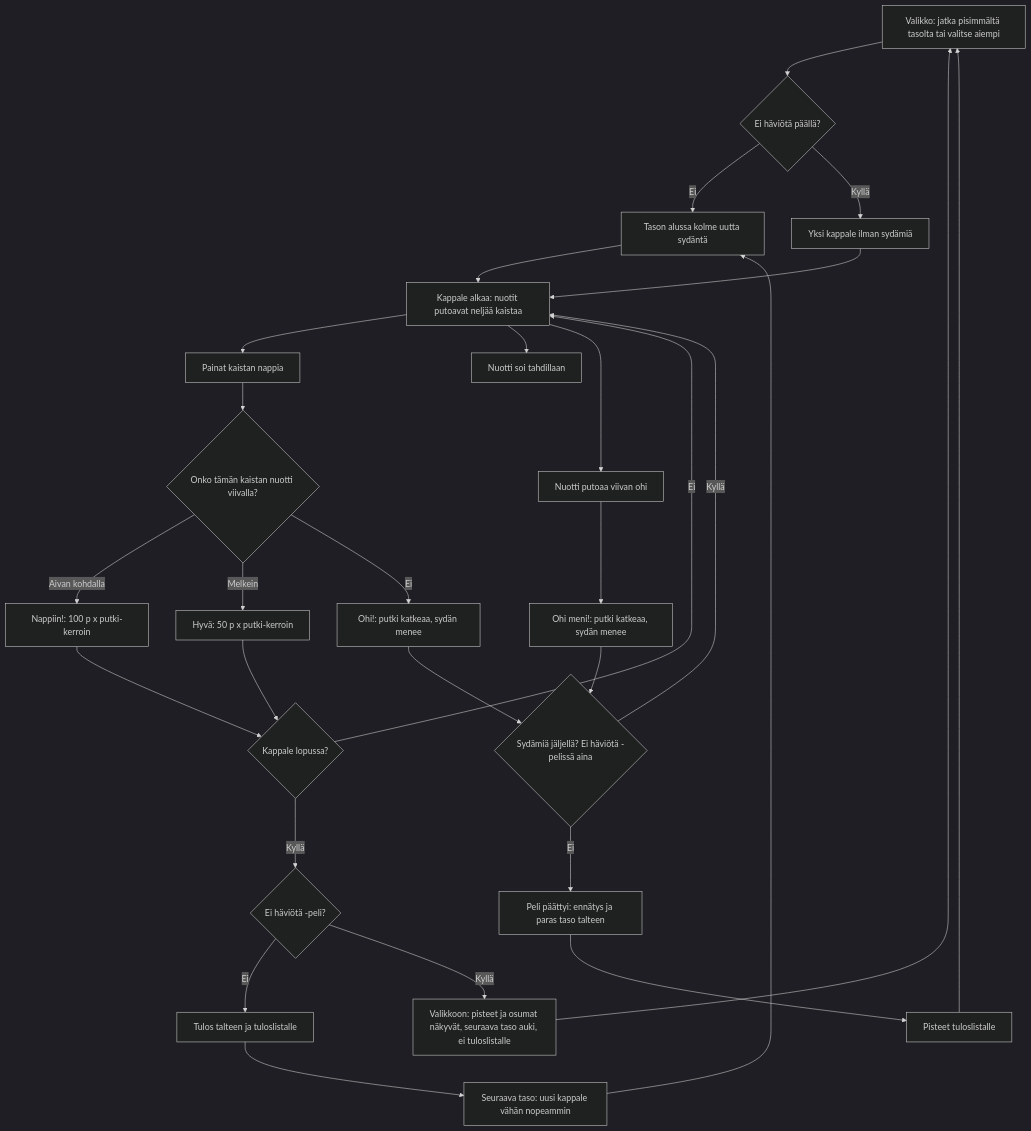
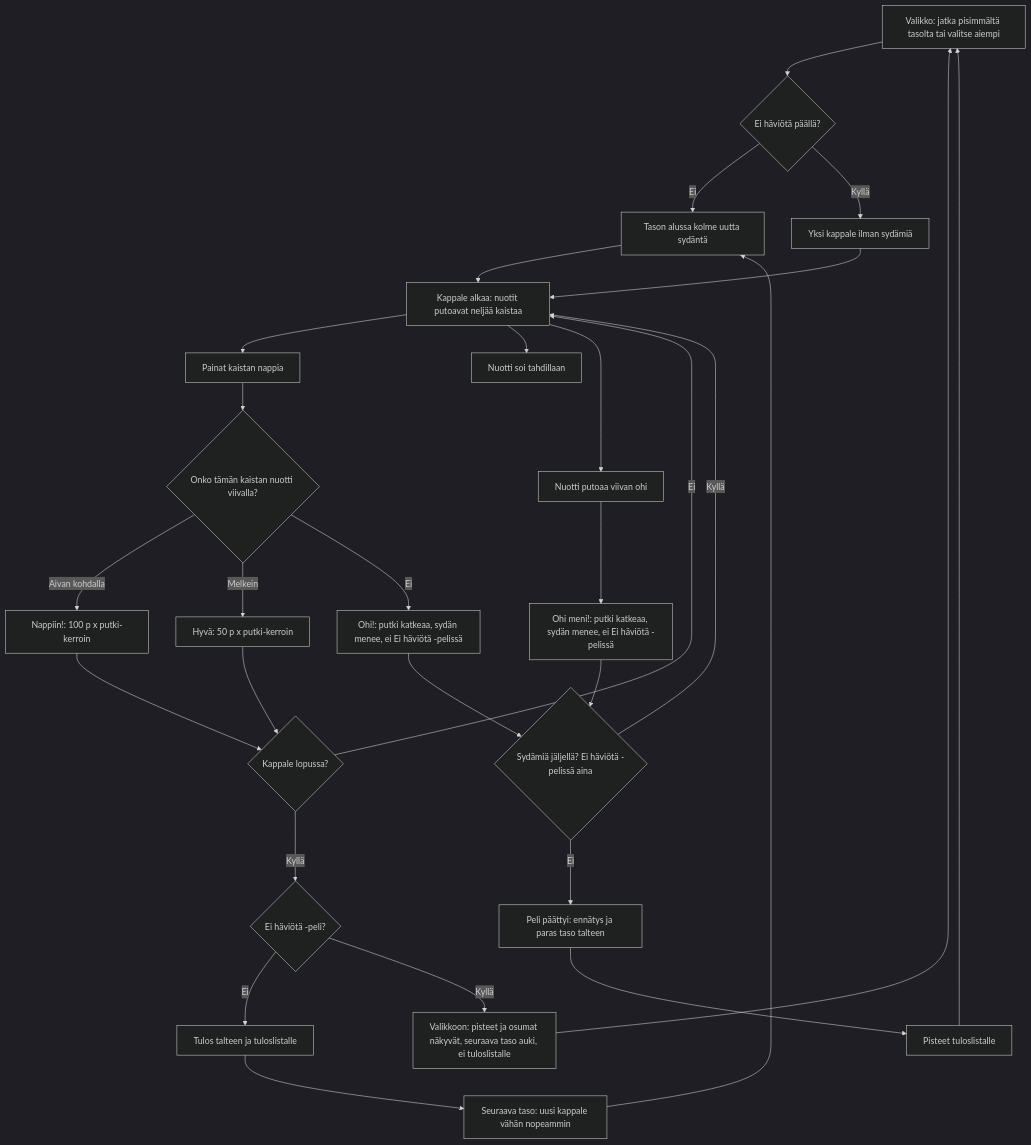
One commit to eerovil/ai-pelit changed the diagram in docs/diagrams/piano.md. Above: the diagram before and after it, drawn with Mermaid (dark theme). The commit also changed other lines of this file, not shown here.

Commit message:
Piano diagram: a miss takes no heart in a no-fail game

````diff
--- a/docs/diagrams/piano.md
+++ b/docs/diagrams/piano.md
@@ -17,39 +17,39 @@
 ```mermaid
 flowchart TD
   A[Valikko: jatka pisimmältä tasolta tai valitse aiempi] --> NF{Ei häviötä päällä?}
   NF -- Ei --> A2[Tason alussa kolme uutta sydäntä]
   NF -- Kyllä --> A3[Yksi kappale ilman sydämiä]
   A3 --> B
   A2 --> B[Kappale alkaa: nuotit putoavat neljää kaistaa]
   B --> C[Painat kaistan nappia]
   C --> D{Onko tämän kaistan nuotti viivalla?}
   D -- Aivan kohdalla --> E[Nappiin!: 100 p x putki-kerroin]
   D -- Melkein --> F[Hyvä: 50 p x putki-kerroin]
-  D -- Ei --> G[Ohi!: putki katkeaa, sydän menee]
+  D -- Ei --> G[Ohi!: putki katkeaa, sydän menee, ei Ei häviötä -pelissä]
   B --> H[Nuotti soi tahdillaan]
   E --> K
   F --> K
   B --> I[Nuotti putoaa viivan ohi]
-  I --> J[Ohi meni!: putki katkeaa, sydän menee]
+  I --> J[Ohi meni!: putki katkeaa, sydän menee, ei Ei häviötä -pelissä]
   K{Kappale lopussa?}
   K -- Ei --> B
   K -- Kyllä --> KS{Ei häviötä -peli?}
   KS -- Ei --> V[Tulos talteen ja tuloslistalle]
   KS -- Kyllä --> NE[Valikkoon: pisteet ja osumat näkyvät, seuraava taso auki, ei tuloslistalle]
   NE --> A
   V --> L[Seuraava taso: uusi kappale vähän nopeammin]
   L --> A2
   G --> M{Sydämiä jäljellä? Ei häviötä -pelissä aina}
   J --> M
   M -- Kyllä --> B
   M -- Ei --> N[Peli päättyi: ennätys ja paras taso talteen]
   N --> O[Pisteet tuloslistalle]
   O --> A
   class A,A2,A3,B,C blue
   class D,K,M,NF,KS amber
   class E,F,H teal
   class L green
   class G,I,J rose
   class N,O,NE violet
   class V green
 ```
````
